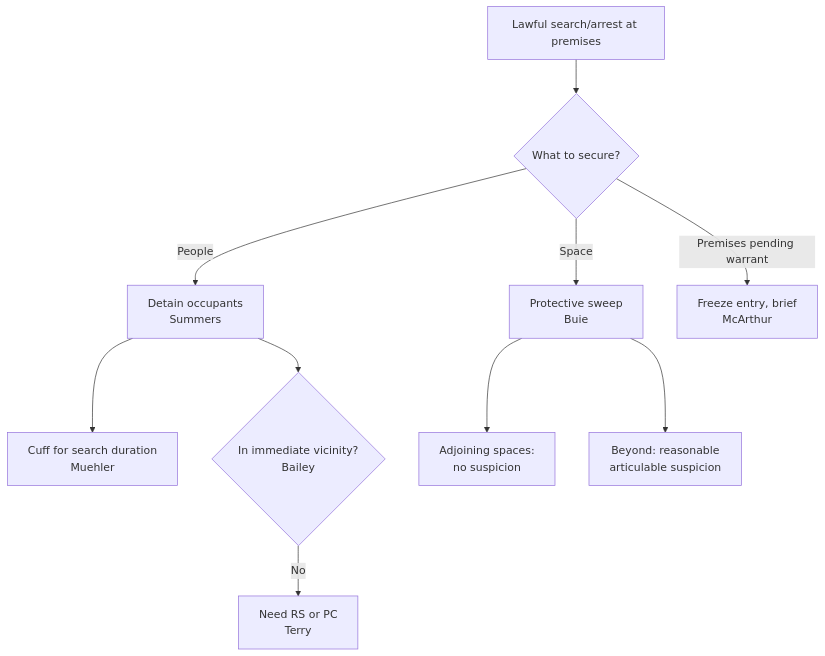
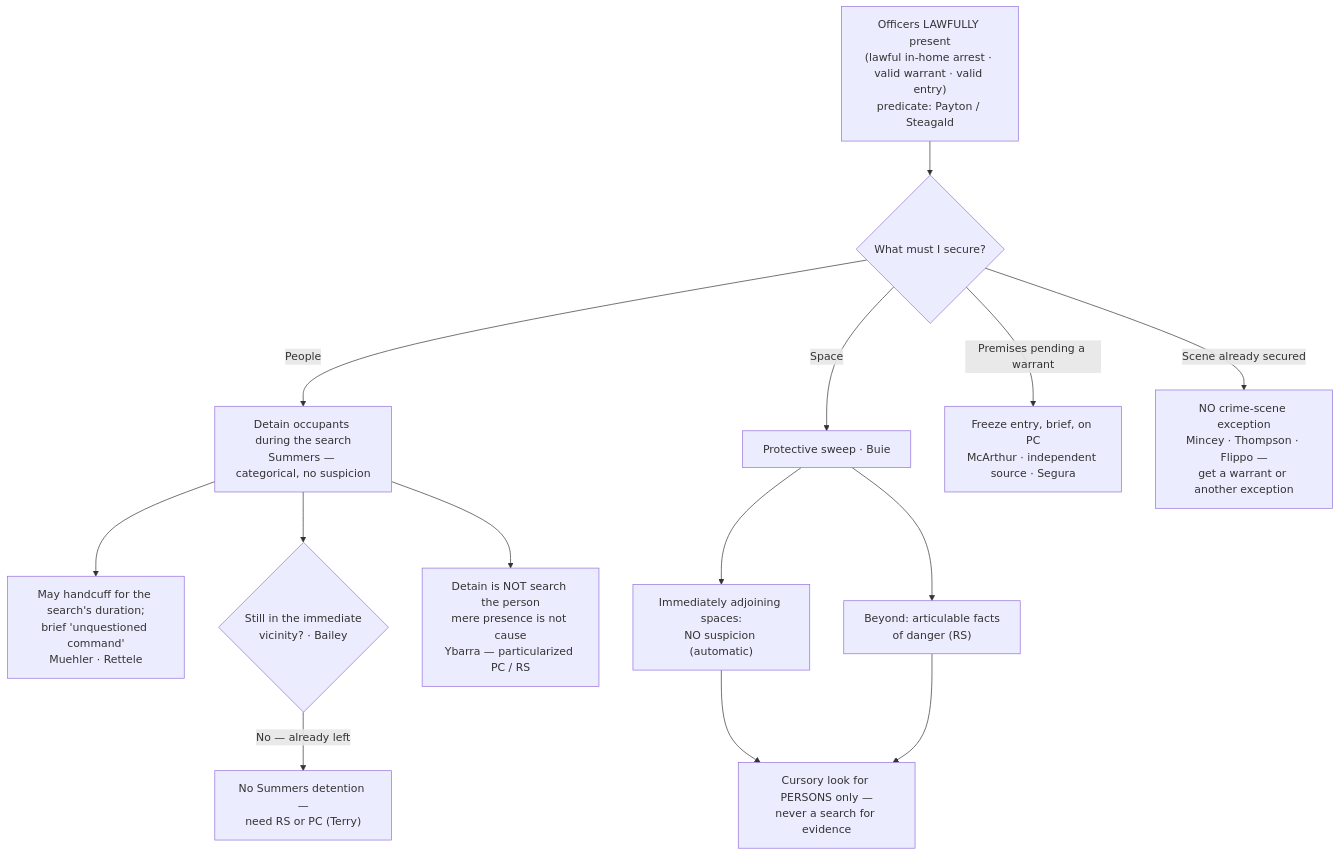
The diagram in content/7-exceptions-warrant/7b-pc-not-needed/Securing the Scene.md (Enragedsaturday/cssi), drawn with Mermaid before and after one commit. The commit also changed other lines of this file and 5 other files, not shown here.

First line of the commit message:
S6 Wave 4: reformat 6 PC-not-needed exception pages brief-first

````diff
--- a/content/7-exceptions-warrant/7b-pc-not-needed/Securing the Scene.md
+++ b/content/7-exceptions-warrant/7b-pc-not-needed/Securing the Scene.md
@@ -63,12 +76,16 @@
 ```mermaid
 flowchart TD
-  A[Lawful search/arrest at premises] --> B{What to secure?}
-  B -->|People| C[Detain occupants<br/>Summers]
-  C --> D[Cuff for search duration<br/>Muehler]
-  C --> E{In immediate vicinity?<br/>Bailey}
-  E -->|No| F[Need RS or PC<br/>Terry]
-  B -->|Space| G[Protective sweep<br/>Buie]
-  G --> H[Adjoining spaces:<br/>no suspicion]
-  G --> I[Beyond: reasonable<br/>articulable suspicion]
-  B -->|Premises pending warrant| J[Freeze entry, brief<br/>McArthur]
+  A["Officers LAWFULLY present<br/>(lawful in-home arrest · valid warrant · valid entry)<br/>predicate: Payton / Steagald"] --> B{"What must I secure?"}
+  B -->|People| C["Detain occupants during the search<br/>Summers — categorical, no suspicion"]
+  C --> D["May handcuff for the search's duration;<br/>brief 'unquestioned command'<br/>Muehler · Rettele"]
+  C --> E{"Still in the immediate<br/>vicinity? · Bailey"}
+  E -->|"No — already left"| F["No Summers detention —<br/>need RS or PC (Terry)"]
+  C --> Y["Detain is NOT search the person<br/>mere presence is not cause<br/>Ybarra — particularized PC / RS"]
+  B -->|Space| G["Protective sweep · Buie"]
+  G --> H["Immediately adjoining spaces:<br/>NO suspicion (automatic)"]
+  G --> I["Beyond: articulable facts<br/>of danger (RS)"]
+  H --> J["Cursory look for PERSONS only —<br/>never a search for evidence"]
+  I --> J
+  B -->|"Premises pending a warrant"| K["Freeze entry, brief, on PC<br/>McArthur · independent source · Segura"]
+  B -->|"Scene already secured"| L["NO crime-scene exception<br/>Mincey · Thompson · Flippo —<br/>get a warrant or another exception"]
 ```
````
